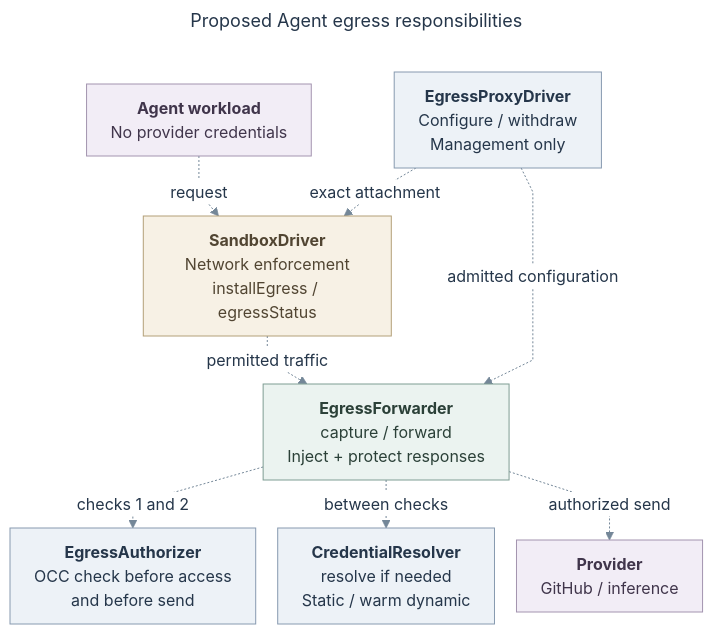
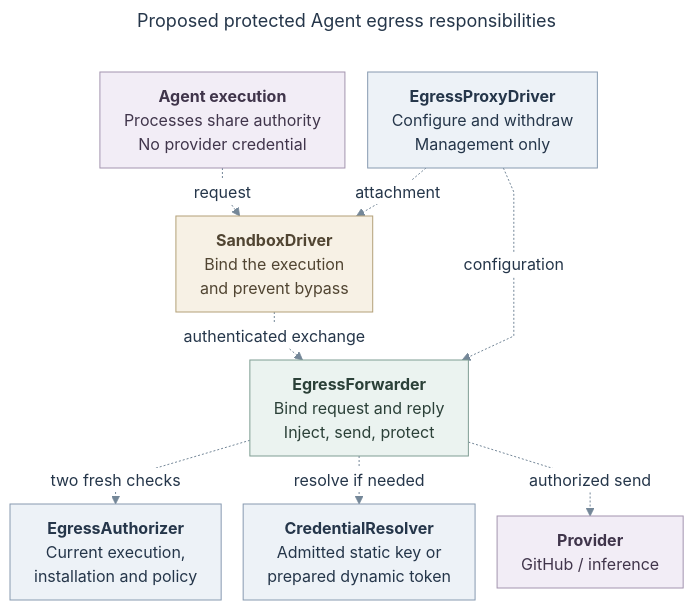
One commit to anmol0b/openclaw-enterprise changed the diagram in specs/rfcs/0020-egress-proxy-credential-lifecycle/assets/overview.mmd. Above: the diagram before and after it, drawn with Mermaid. The commit also changed 26 other files, not shown here.

Commit message:
Clarify execution authentication and simplify the Egress Proxy RFC

```diff
--- a/specs/rfcs/0020-egress-proxy-credential-lifecycle/assets/overview.mmd
+++ b/specs/rfcs/0020-egress-proxy-credential-lifecycle/assets/overview.mmd
@@ -1,49 +1,49 @@
 ---
-title: "Proposed Agent egress responsibilities"
+title: "Proposed protected Agent egress responsibilities"
 config:
   theme: base
   htmlLabels: true
   themeVariables:
     fontFamily: "Arial, sans-serif"
     fontSize: "16px"
     primaryTextColor: "#25364A"
     lineColor: "#748798"
     edgeLabelBackground: "#FFFFFF"
     clusterBkg: "#FAFBFC"
     clusterBorder: "#D8DEE6"
   flowchart:
     useMaxWidth: false
     curve: linear
     nodeSpacing: 22
     rankSpacing: 24
     padding: 12
     diagramPadding: 12
     subGraphTitleMargin:
       top: 10
       bottom: 14
 ---
 flowchart TB
-  %% Proposed contract roles; boxes do not prescribe separate daemons.
-  Agent["<b>Agent workload</b><br/>No provider credentials"]
-  Network["<b>SandboxDriver</b><br/>Network enforcement<br/>installEgress / egressStatus"]
-  Driver["<b>EgressProxyDriver</b><br/>Configure / withdraw<br/>Management only"]
-  Sender["<b>EgressForwarder</b><br/>capture / forward<br/>Inject + protect responses"]
-  OCC["<b>EgressAuthorizer</b><br/>OCC check before access<br/>and before send"]
+  %% Proposed responsibilities, not necessarily separate processes.
+  Agent["<b>Agent execution</b><br/>Processes share authority<br/>No provider credential"]
+  Sandbox["<b>SandboxDriver</b><br/>Bind the execution<br/>and prevent bypass"]
+  Driver["<b>EgressProxyDriver</b><br/>Configure and withdraw<br/>Management only"]
+  Sender["<b>EgressForwarder</b><br/>Bind request and reply<br/>Inject, send, protect"]
+  OCC["<b>EgressAuthorizer</b><br/>Current execution,<br/>installation and policy"]
+  Resolver["<b>CredentialResolver</b><br/>Admitted static key or<br/>prepared dynamic token"]
   Provider["<b>Provider</b><br/>GitHub / inference"]
-  Resolver["<b>CredentialResolver</b><br/>resolve if needed<br/>Static / warm dynamic"]
-  Agent -. request .-> Network
-  Network -. permitted traffic .-> Sender
-  Driver -. exact attachment .-> Network
-  Driver -. admitted configuration .-> Sender
-  Sender -. checks 1 and 2 .-> OCC
-  Sender -. between checks .-> Resolver
+  Agent -. request .-> Sandbox
+  Sandbox -. authenticated exchange .-> Sender
+  Driver -. attachment .-> Sandbox
+  Driver -. configuration .-> Sender
+  Sender -. two fresh checks .-> OCC
+  Sender -. resolve if needed .-> Resolver
   Sender -. authorized send .-> Provider
   class Agent,Provider external
   class Sender action
-  class Network gate
+  class Sandbox gate
   class Driver,OCC,Resolver api
   classDef api fill:#EDF2F7,stroke:#879AB0,color:#25364A,stroke-width:1px
   classDef action fill:#EBF3F0,stroke:#7F9D93,color:#2B4038,stroke-width:1px
   classDef external fill:#F2EDF6,stroke:#A394AF,color:#40354B,stroke-width:1px
   classDef gate fill:#F7F1E5,stroke:#B3A078,color:#514532,stroke-width:1px
   linkStyle default stroke:#748798,stroke-width:1px
```
